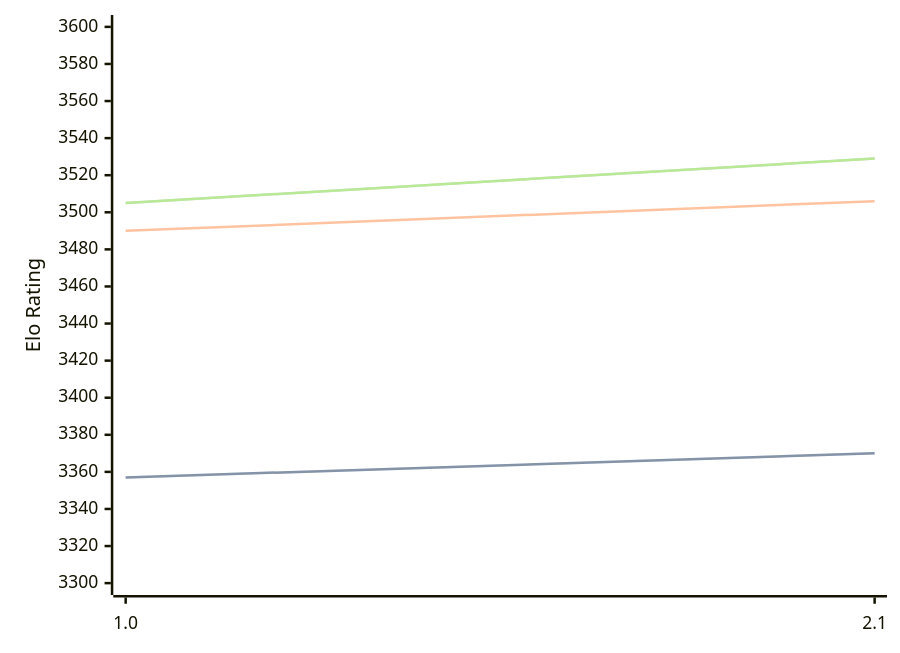
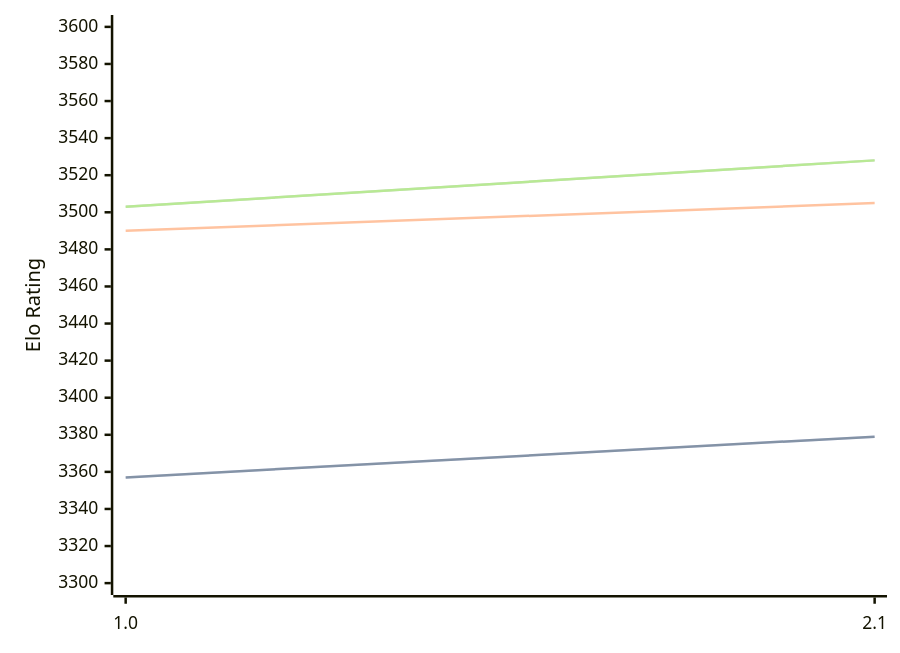
The first of 3 diagrams in engines/Hobbes.md (computer-chess-index/cci), drawn with Mermaid before and after one commit. The commit also changed other lines of this file, not shown here.

Commit message:
Update CCI Ratings (ELO VLTC) - 2026-06-27

````diff
--- a/engines/Hobbes.md
+++ b/engines/Hobbes.md
@@ -33,11 +33,11 @@
 ```mermaid
 %%{init: {"theme":"base","themeVariables":{"seriesColors:['#a3a3a3','#222221','#faa371']}}}%%
 xychart-beta
   x-axis ["1.0", "2.1"]
   y-axis "Elo Rating" 3300 --> 3600
-  line "STC (8.0+0.08s)" [3357, 3370]
-  line "STC (8.0+0.08s)" [3357, 3370]
-  line "LTC (60.0+0.60s)" [3490, 3506]
-  line "VLTC (2m24s+1.12s)" [3505, 3529]
-  line "VLTC (2m24s+1.12s)" [3505, 3529]
+  line "STC (8.0+0.08s)" [3357, 3379]
+  line "STC (8.0+0.08s)" [3357, 3379]
+  line "LTC (60.0+0.60s)" [3490, 3505]
+  line "VLTC (2m24s+1.12s)" [3503, 3528]
+  line "VLTC (2m24s+1.12s)" [3503, 3528]
 ```
````
